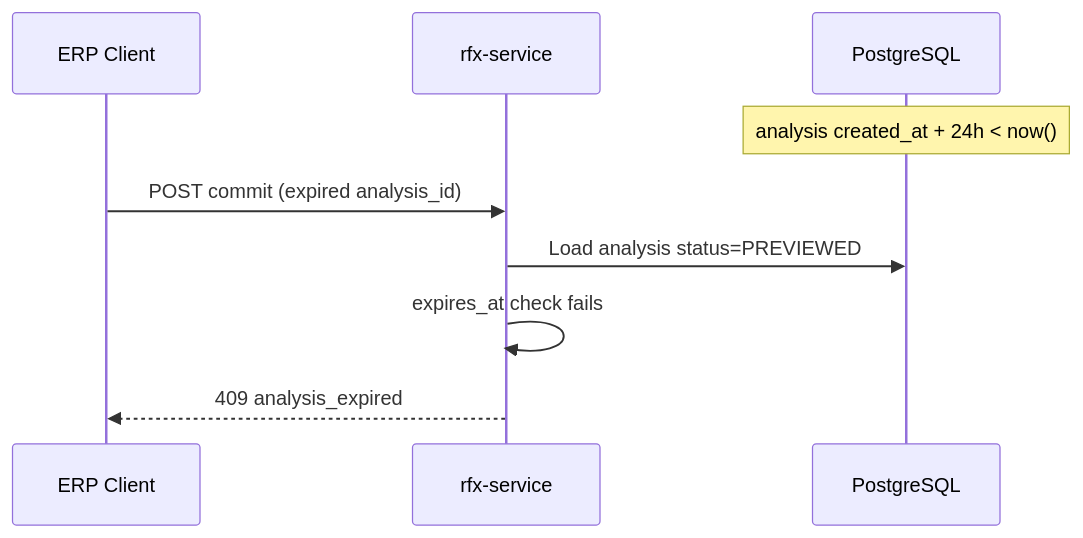
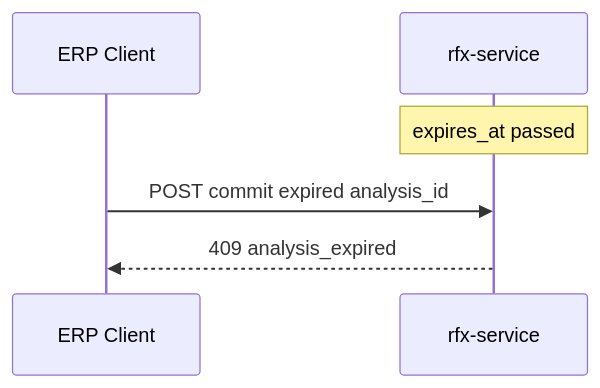
Before and after one commit to f9999737292-bit/Freihgt-platform: the seventh of 10 diagrams in docs/rfx-v3/implementation/RFX_V3_0E7_ERP_API_DIAGRAMS.md, drawn with Mermaid. The commit also changed other lines of this file and 7 other files, not shown here.

Commit message:
docs(rfx): remediate ERP API architecture review findings

````diff
--- a/docs/rfx-v3/implementation/RFX_V3_0E7_ERP_API_DIAGRAMS.md
+++ b/docs/rfx-v3/implementation/RFX_V3_0E7_ERP_API_DIAGRAMS.md
@@ -153,12 +153,9 @@
 ```mermaid
 sequenceDiagram
     participant ERP as ERP Client
     participant RFx as rfx-service
-    participant DB as PostgreSQL
 
-    Note over DB: analysis created_at + 24h < now()
-    ERP->>RFx: POST commit (expired analysis_id)
-    RFx->>DB: Load analysis status=PREVIEWED
-    RFx->>RFx: expires_at check fails
+    Note over RFx: expires_at passed
+    ERP->>RFx: POST commit expired analysis_id
     RFx-->>ERP: 409 analysis_expired
 ```
````
